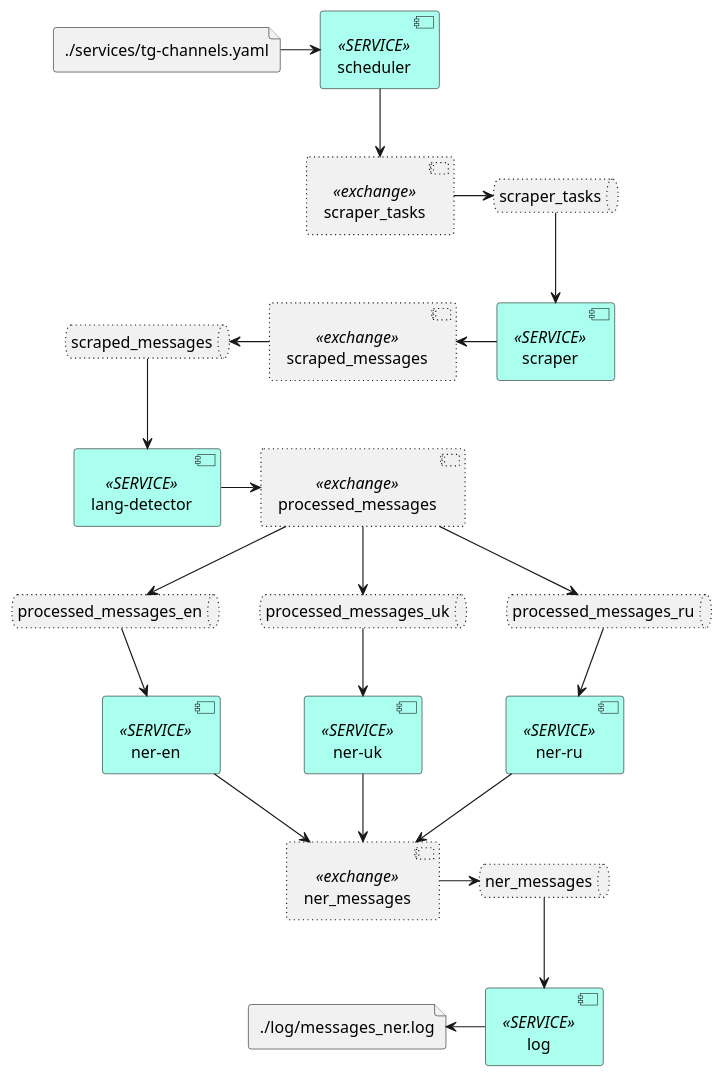
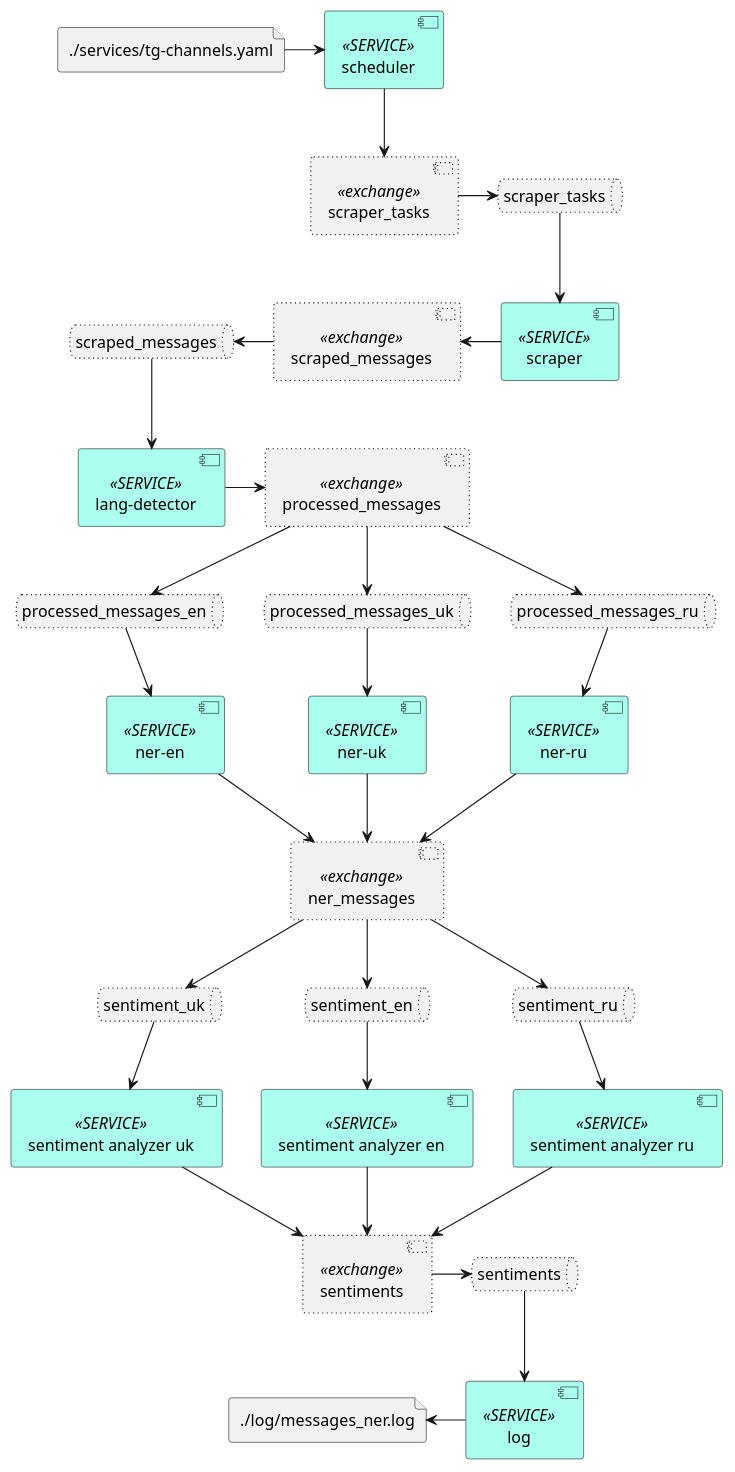
The diagram in doc/puml/workflow.puml (wdc-molfar/workflow-example), drawn with PlantUML before and after one commit. The commit also changed 3 other files, not shown here.

Commit message:
add sentiment analyzer services

```diff
--- a/doc/puml/workflow.puml
+++ b/doc/puml/workflow.puml
@@ -1,56 +1,77 @@
 @startuml
   component scheduler <<SERVICE>> #aaffee
   component scraper <<SERVICE>> #aaffee
   component "lang-detector" <<SERVICE>> as ld #aaffee
   component "ner-uk" <<SERVICE>> as neruk #aaffee
   component "ner-ru" <<SERVICE>> as nerru #aaffee
   component "ner-en" <<SERVICE>> as neren #aaffee
+  
+  component "sentiment analyzer en" <<SERVICE>> as saen #aaffee
+  component "sentiment analyzer ru" <<SERVICE>> as saru #aaffee
+  component "sentiment analyzer uk" <<SERVICE>> as sauk #aaffee
+   
+  
   component log <<SERVICE>> #aaffee
   file "./log/messages_ner.log" as logfile
   file "./services/tg-channels.yaml" as chfile
   
   component scraper_tasks <<exchange>> #line.dotted
   queue "scraper_tasks" as stq #line.dotted
   
   component "scraped_messages" <<exchange>> as sm #line.dotted
   queue "scraped_messages" as smq #line.dotted
   
   component processed_messages <<exchange>> as pm #line.dotted
   queue "processed_messages_en" as pmqen #line.dotted
   queue "processed_messages_uk" as pmquk #line.dotted
   queue "processed_messages_ru" as pmqru #line.dotted
   
   component ner_messages <<exchange>> as nm #line.dotted
-  queue "ner_messages" as nmq #line.dotted
+  queue "sentiments" as nmq #line.dotted
   
+  queue "sentiment_uk" as s_uk_q #line.dotted
+  queue "sentiment_en" as s_en_q #line.dotted
+  queue "sentiment_ru" as s_ru_q #line.dotted
   
+  component sentiments <<exchange>> as s #line.dotted
   
   
  chfile -> scheduler 
  scheduler --> scraper_tasks
  scraper_tasks -> stq 
  stq --> scraper
  scraper -l-> sm
  sm -l-> smq
  smq --> ld
  ld -> pm
  pm --> pmqen
  pm --> pmquk
  pm --> pmqru
  
  
  
  
  pmqen --> neren
  pmquk --> neruk
  pmqru --> nerru
  
  neren --> nm
  neruk --> nm
  nerru --> nm
 
- nm -> nmq 
+ nm --> s_uk_q
+ nm --> s_en_q
+ nm --> s_ru_q
+ 
+ s_uk_q --> sauk
+ s_en_q --> saen
+ s_ru_q --> saru
+ 
+ sauk --> s
+ saen --> s 
+ saru --> s
+ s -> nmq 
  
  nmq --> log
  log -l-> logfile
 @enduml
```
